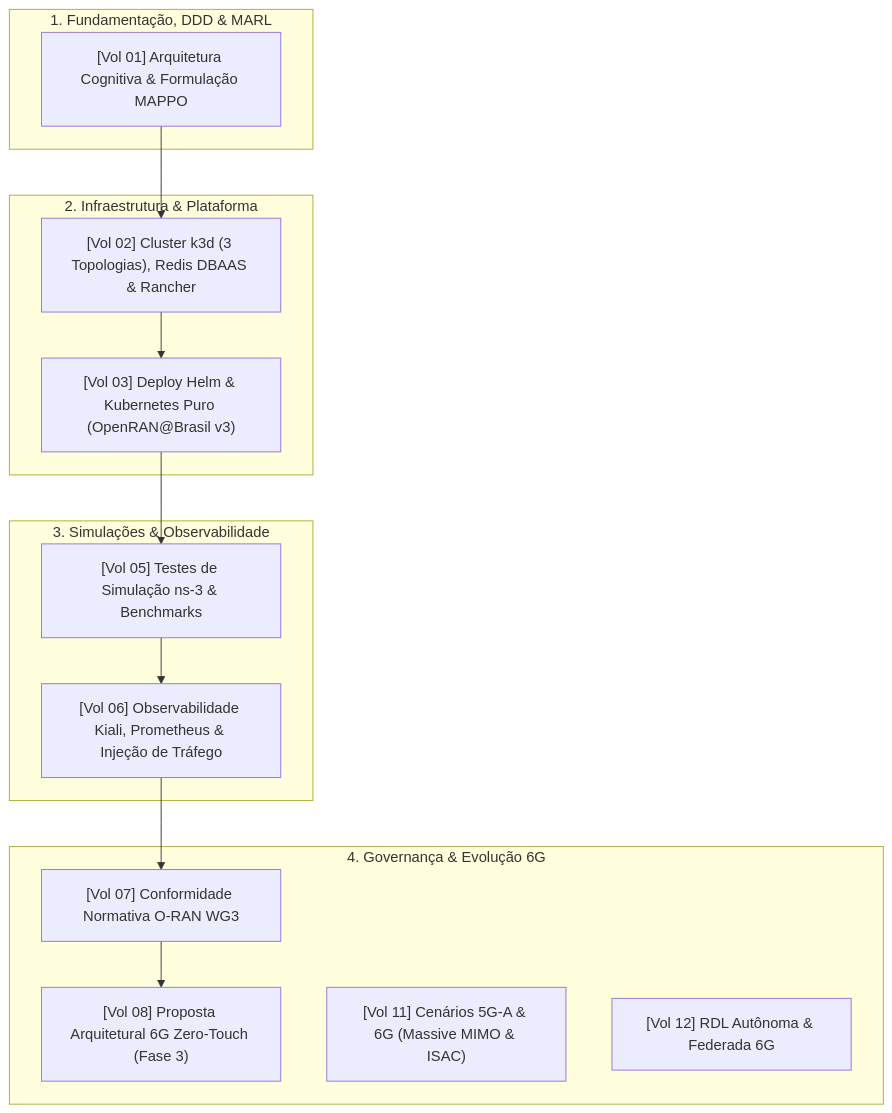
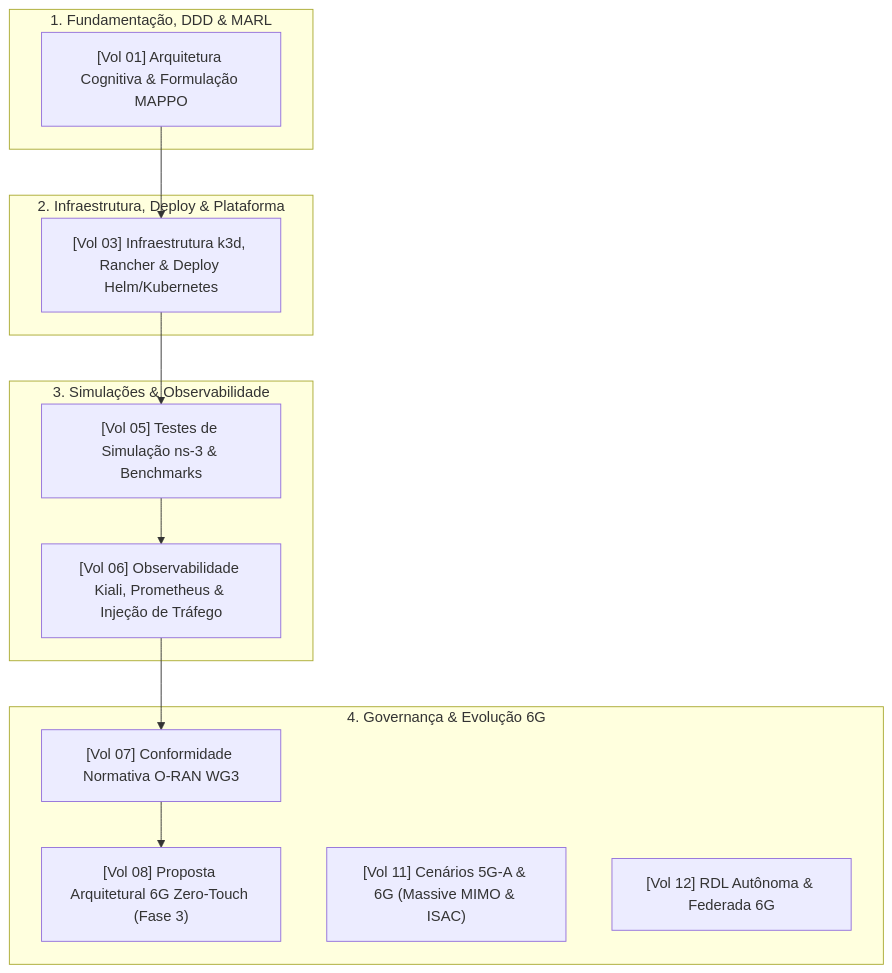
Before and after one commit to georgebarbosa3090/XApp-RDL-F2: the diagram in docs/README.md, drawn with Mermaid. The commit also changed other lines of this file and 5 other files, not shown here.

````diff
--- a/docs/README.md
+++ b/docs/README.md
@@ -26,25 +26,24 @@
 ```mermaid
 graph TD
     subgraph S1["1. Fundamentação, DDD & MARL"]
         V01["[Vol 01] Arquitetura Cognitiva & Formulação MAPPO"]
     end
 
-    subgraph S2["2. Infraestrutura & Plataforma"]
-        V02["[Vol 02] Cluster k3d (3 Topologias), Redis DBAAS & Rancher"]
-        V03["[Vol 03] Deploy Helm & Kubernetes Puro (OpenRAN@Brasil v3)"]
+    subgraph S2["2. Infraestrutura, Deploy & Plataforma"]
+        V03["[Vol 03] Infraestrutura k3d, Rancher & Deploy Helm/Kubernetes"]
     end
 
     subgraph S3["3. Simulações & Observabilidade"]
         V05["[Vol 05] Testes de Simulação ns-3 & Benchmarks"]
         V06["[Vol 06] Observabilidade Kiali, Prometheus & Injeção de Tráfego"]
     end
 
     subgraph S4["4. Governança & Evolução 6G"]
         V07["[Vol 07] Conformidade Normativa O-RAN WG3"]
         V08["[Vol 08] Proposta Arquitetural 6G Zero-Touch (Fase 3)"]
         V11["[Vol 11] Cenários 5G-A & 6G (Massive MIMO & ISAC)"]
         V12["[Vol 12] RDL Autônoma & Federada 6G"]
     end
 
-    V01 --> V02 --> V03 --> V05 --> V06 --> V07 --> V08
+    V01 --> V03 --> V05 --> V06 --> V07 --> V08
 ```
````
